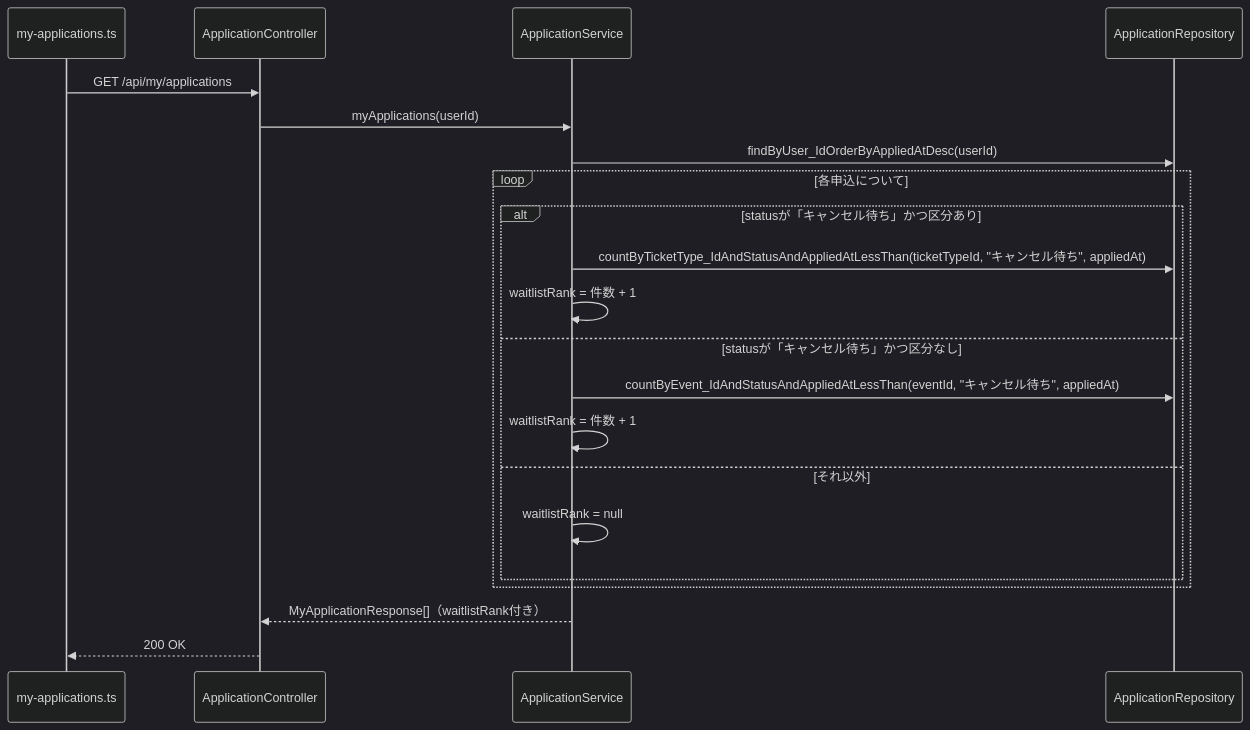
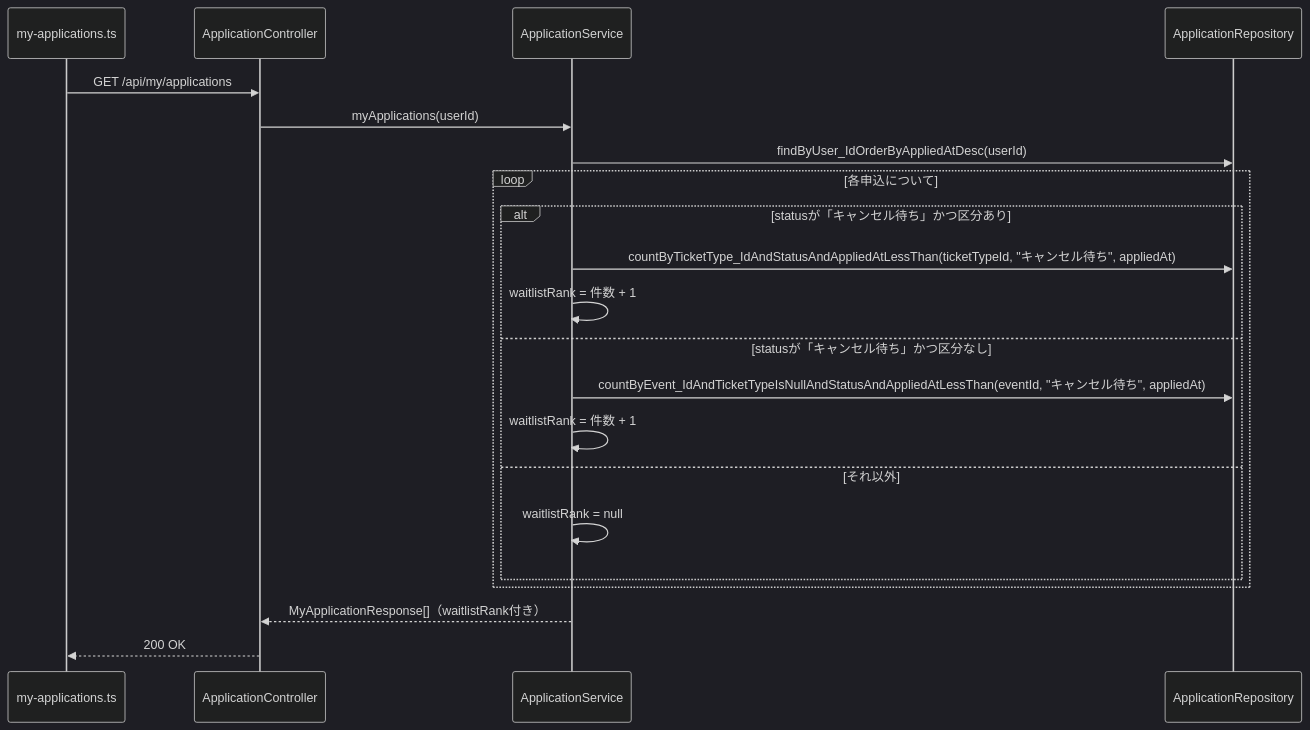
Before and after one commit to sasaki111111/event-application-system: the sixth of 13 diagrams in docs/design/詳細設計書_v2.0.md, drawn with Mermaid (dark theme). The commit also changed other lines of this file and 9 other files, not shown here.

````diff
--- a/docs/design/詳細設計書_v2.0.md
+++ b/docs/design/詳細設計書_v2.0.md
@@ -271,23 +271,23 @@
 ```mermaid
 sequenceDiagram
   participant FE as my-applications.ts
   participant C as ApplicationController
   participant S as ApplicationService
   participant AR as ApplicationRepository
   FE->>C: GET /api/my/applications
   C->>S: myApplications(userId)
   S->>AR: findByUser_IdOrderByAppliedAtDesc(userId)
   loop 各申込について
     alt statusが「キャンセル待ち」かつ区分あり
       S->>AR: countByTicketType_IdAndStatusAndAppliedAtLessThan(ticketTypeId, "キャンセル待ち", appliedAt)
       S->>S: waitlistRank = 件数 + 1
     else statusが「キャンセル待ち」かつ区分なし
-      S->>AR: countByEvent_IdAndStatusAndAppliedAtLessThan(eventId, "キャンセル待ち", appliedAt)
+      S->>AR: countByEvent_IdAndTicketTypeIsNullAndStatusAndAppliedAtLessThan(eventId, "キャンセル待ち", appliedAt)
       S->>S: waitlistRank = 件数 + 1
     else それ以外
       S->>S: waitlistRank = null
     end
   end
   S-->>C: MyApplicationResponse[]（waitlistRank付き）
   C-->>FE: 200 OK
 ```
````
